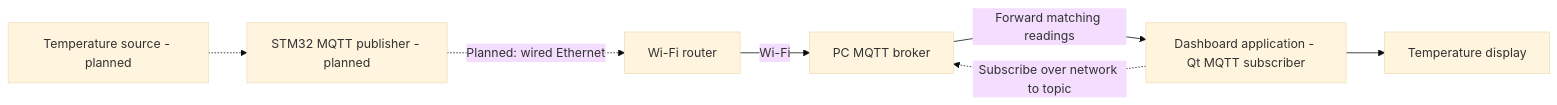
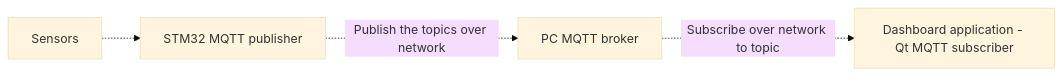
One commit to 7997275647/Industrial-IoT-Gateway changed the diagram in ReadME.md. Above: the diagram before and after it, drawn with Mermaid (base theme). The commit also changed other lines of this file and 4 other files, not shown here.

````diff
--- a/ReadME.md
+++ b/ReadME.md
@@ -7,11 +7,8 @@
 ```mermaid
 flowchart LR
-	S[Temperature source - planned] -.-> P[STM32 MQTT publisher - planned]
-	R[Wi-Fi router]
+	S[Sensors] -.-> P[STM32 MQTT publisher]
 	B[PC MQTT broker]
-	Q[Dashboard application - Qt MQTT subscriber] --> D[Temperature display]
-	P -. Planned: wired Ethernet .-> R
-	R -->|Wi-Fi| B
-	Q -. Subscribe over network to topic .-> B
-	B -->|Forward matching readings| Q
+    P -. Publish the topics over network .-> B
+	Q[Dashboard application - Qt MQTT subscriber]
+	B -. Subscribe over network to topic .-> Q
 ```
````
